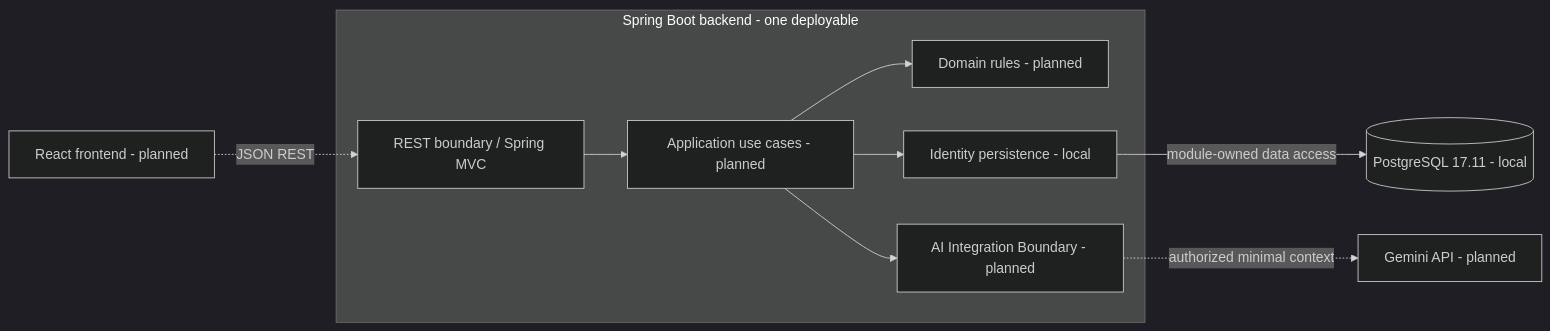
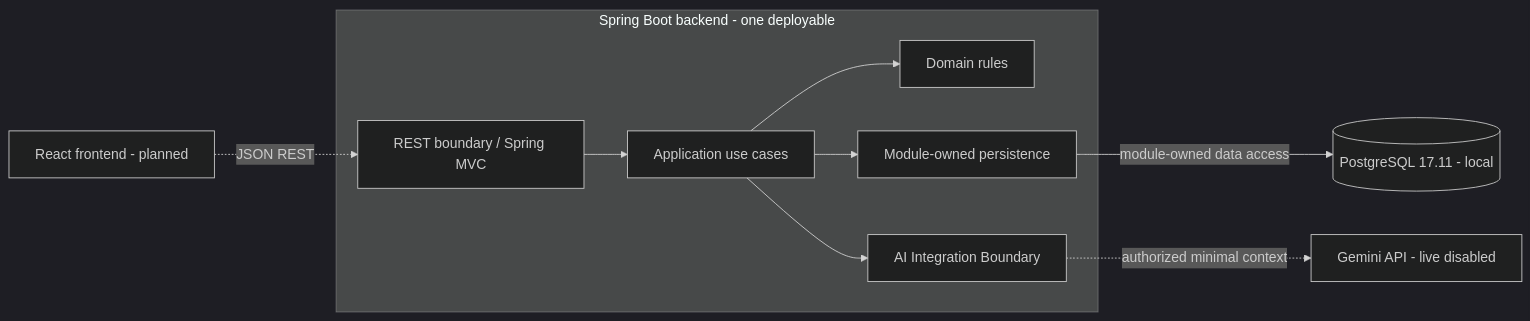
The diagram in README.md (aanhtuan/SmartRent), drawn with Mermaid (dark theme) before and after one commit. The commit also changed other lines of this file and 10 other files, not shown here.

````diff
--- a/README.md
+++ b/README.md
@@ -97,22 +97,22 @@
 ```mermaid
 flowchart LR
     frontend["React frontend - planned"]
     database[("PostgreSQL 17.11 - local")]
-    gemini["Gemini API - planned"]
+    gemini["Gemini API - live disabled"]
 
     subgraph backend["Spring Boot backend - one deployable"]
         api["REST boundary / Spring MVC"]
-        application["Application use cases - planned"]
-        domain["Domain rules - planned"]
-        persistence["Identity persistence - local"]
-        ai["AI Integration Boundary - planned"]
+        application["Application use cases"]
+        domain["Domain rules"]
+        persistence["Module-owned persistence"]
+        ai["AI Integration Boundary"]
         api --> application
         application --> domain
         application --> persistence
         application --> ai
     end
 
     frontend -. "JSON REST" .-> api
     persistence -->|"module-owned data access"| database
     ai -. "authorized minimal context" .-> gemini
 ```
````
